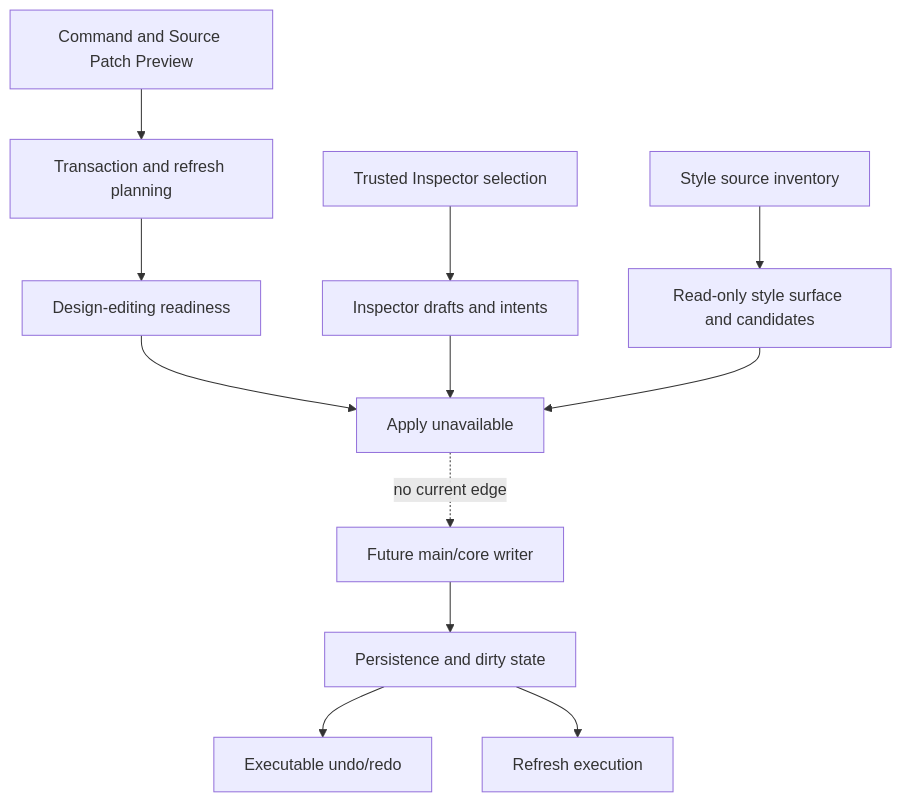
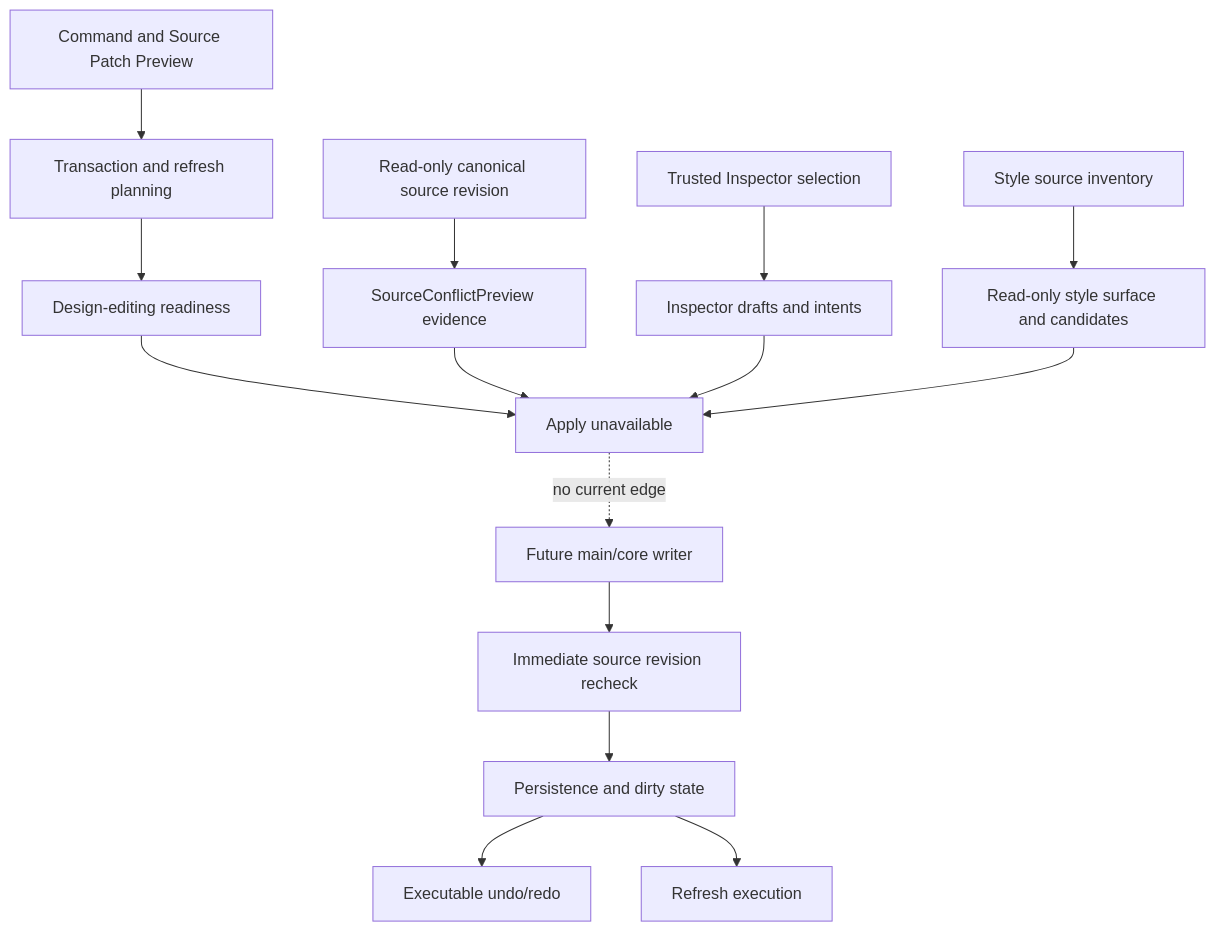
One commit to krestosa/Crystal changed the diagram in docs/architecture/commands/future-command-execution.md. Above: the diagram before and after it, drawn with Mermaid. The commit also changed other lines of this file and 14 other files, not shown here.

````diff
--- a/docs/architecture/commands/future-command-execution.md
+++ b/docs/architecture/commands/future-command-execution.md
@@ -49,14 +55,17 @@
 ```mermaid
 flowchart TD
   Preview[Command and Source Patch Preview] --> Plan[Transaction and refresh planning]
   Plan --> Ready[Design-editing readiness]
+  Revision[Read-only canonical source revision] --> Conflict[SourceConflictPreview evidence]
   Selection[Trusted Inspector selection] --> Draft[Inspector drafts and intents]
   Sources[Style source inventory] --> Style[Read-only style surface and candidates]
   Ready --> Blocked[Apply unavailable]
+  Conflict --> Blocked
   Draft --> Blocked
   Style --> Blocked
   Blocked -. no current edge .-> Writer[Future main/core writer]
-  Writer --> Persist[Persistence and dirty state]
+  Writer --> Recheck[Immediate source revision recheck]
+  Recheck --> Persist[Persistence and dirty state]
   Persist --> History[Executable undo/redo]
   Persist --> Refresh[Refresh execution]
 ```
````
